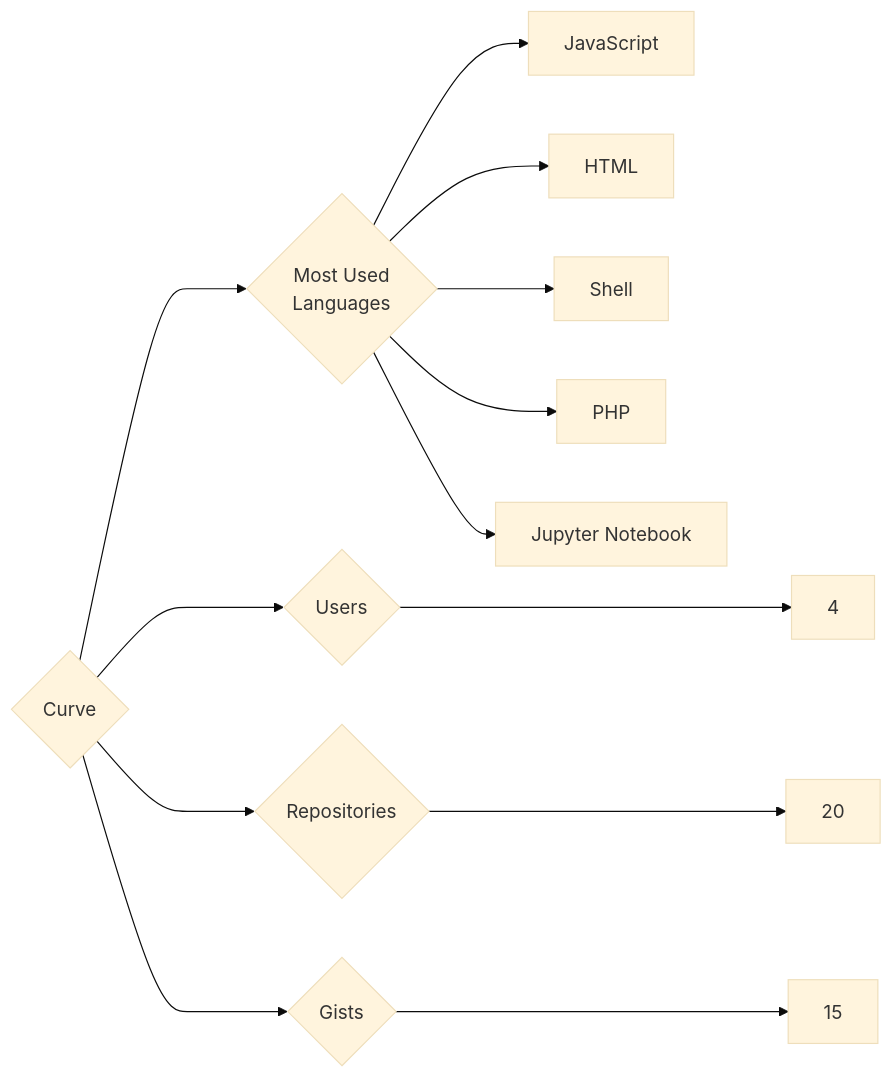
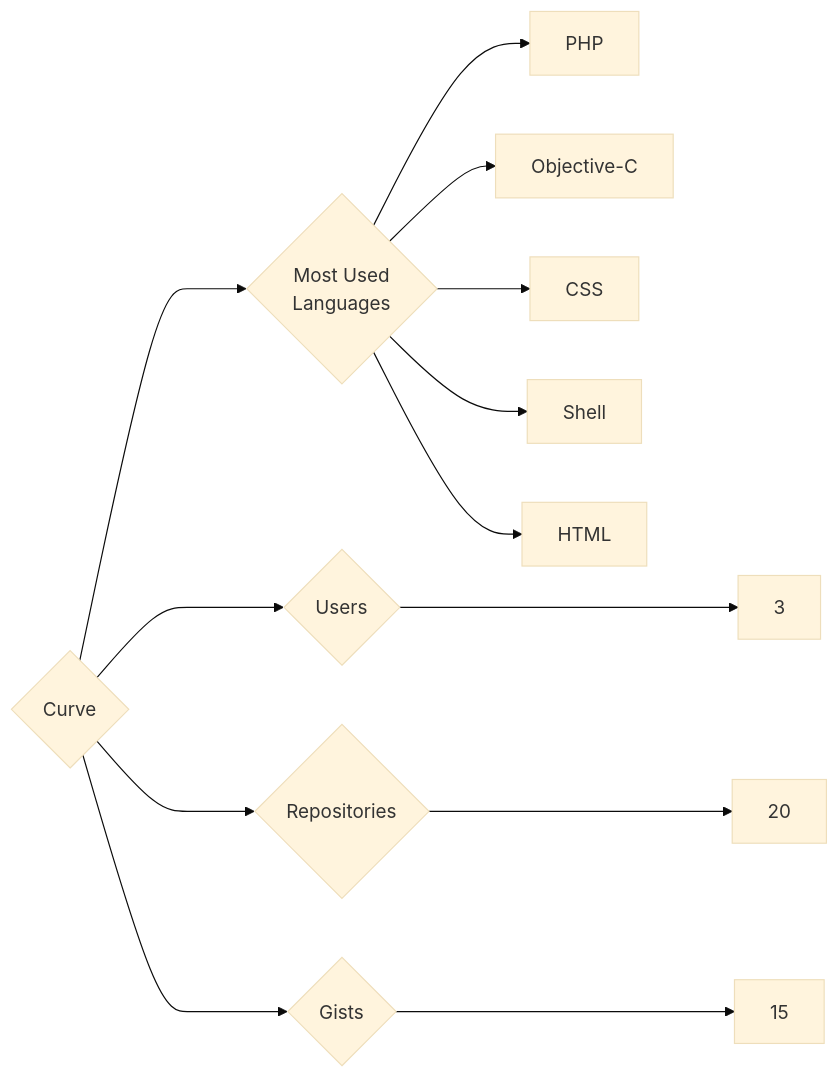
Before and after one commit to trickest/insiders: the diagram in targets/Curve/README.md, drawn with Mermaid (base theme). The commit also changed 644 other files, not shown here.

````diff
--- a/targets/Curve/README.md
+++ b/targets/Curve/README.md
@@ -3,13 +3,13 @@
 ```mermaid
 graph LR
 COMPANY_NAME{Curve}
-COMPANY_NAME ---> U{Users} ---> UN[4]
+COMPANY_NAME ---> U{Users} ---> UN[3]
 COMPANY_NAME ---> R{Repositories} ---> RN[20]
 COMPANY_NAME ---> G{Gists} ---> GN[15]
 COMPANY_NAME ---> ML{Most Used<br>Languages}
-ML --> JavaScript[JavaScript]
+ML --> PHP[PHP]
+ML --> Objective-C[Objective-C]
+ML --> CSS[CSS]
+ML --> Shell[Shell]
 ML --> HTML[HTML]
-ML --> Shell[Shell]
-ML --> PHP[PHP]
-ML --> Jupyter_Notebook[Jupyter Notebook]
 ```
````
